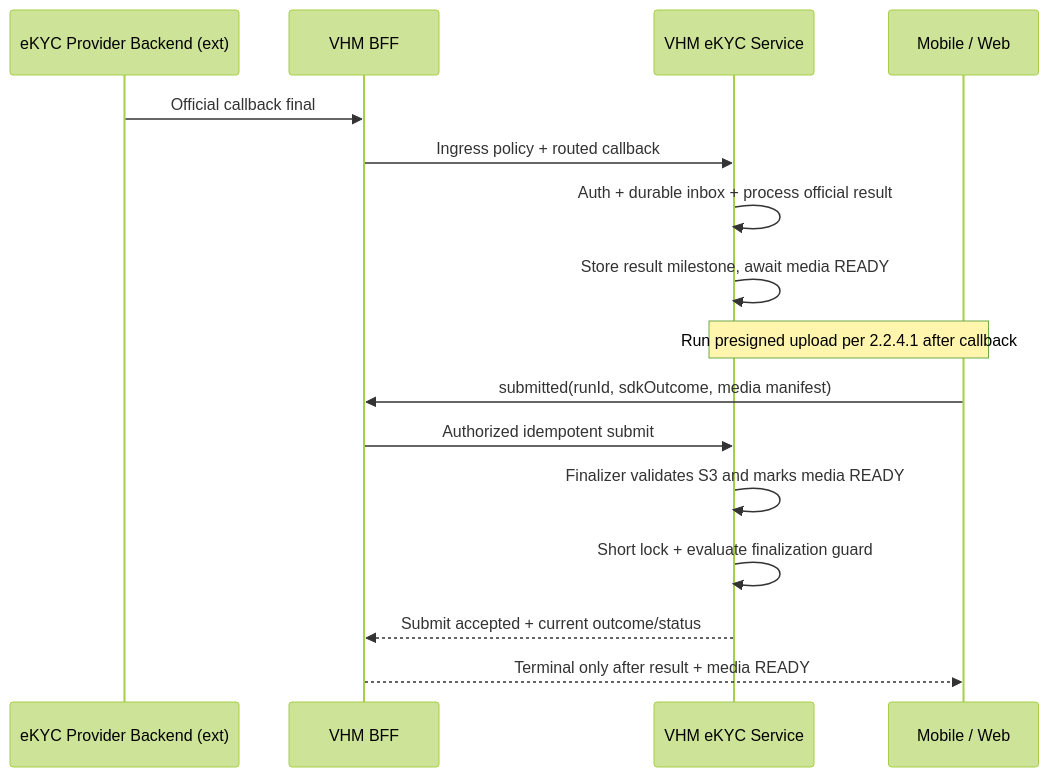
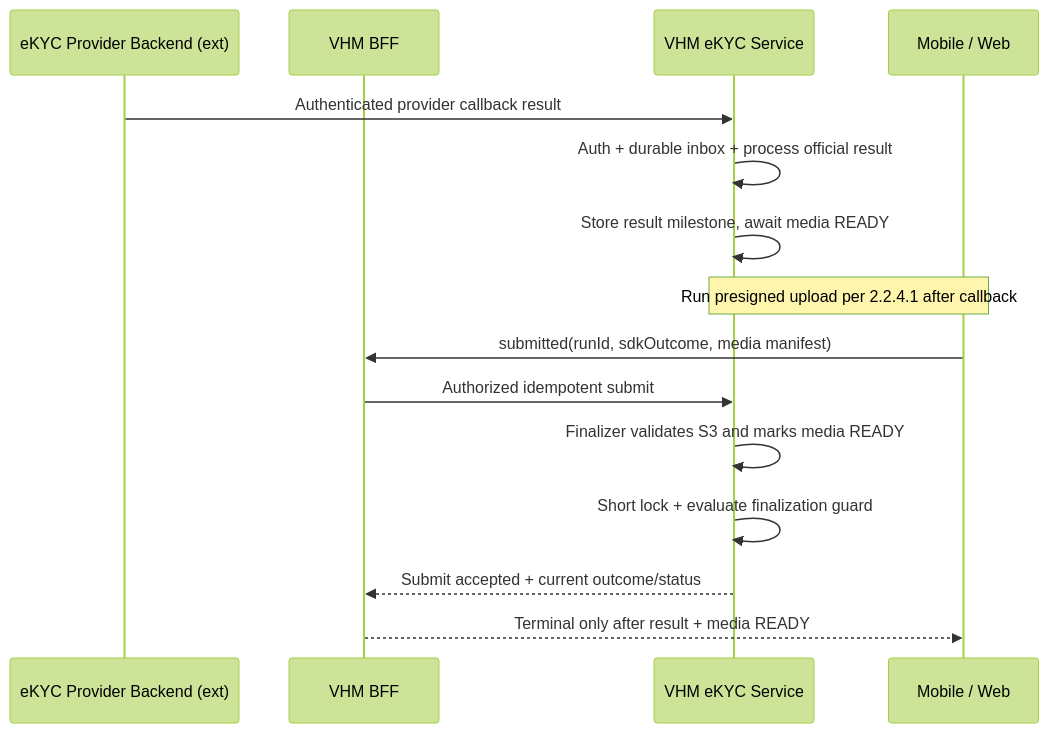
Before and after one commit to huynv-xyz/vhm: diagram 15 of 19 in tdd2.md, drawn with Mermaid (forest theme). The commit also changed other lines of this file, not shown here.

````diff
--- a/tdd2.md
+++ b/tdd2.md
@@ -1309,18 +1301,17 @@
 ```mermaid
 sequenceDiagram
     participant BACKEND as eKYC Provider Backend (ext)
     participant BFF as VHM BFF
     participant EKYC_SERVICE as VHM eKYC Service
     participant CLIENT as Mobile / Web
-    BACKEND->>BFF: Official callback final
-    BFF->>EKYC_SERVICE: Ingress policy + routed callback
+    BACKEND->>EKYC_SERVICE: Authenticated provider callback result
     EKYC_SERVICE->>EKYC_SERVICE: Auth + durable inbox + process official result
     EKYC_SERVICE->>EKYC_SERVICE: Store result milestone, await media READY
     Note over CLIENT,EKYC_SERVICE: Run presigned upload per 2.2.4.1 after callback
     CLIENT->>BFF: submitted(runId, sdkOutcome, media manifest)
     BFF->>EKYC_SERVICE: Authorized idempotent submit
     EKYC_SERVICE->>EKYC_SERVICE: Finalizer validates S3 and marks media READY
     EKYC_SERVICE->>EKYC_SERVICE: Short lock + evaluate finalization guard
     EKYC_SERVICE-->>BFF: Submit accepted + current outcome/status
     BFF-->>CLIENT: Terminal only after result + media READY
 ```
````
